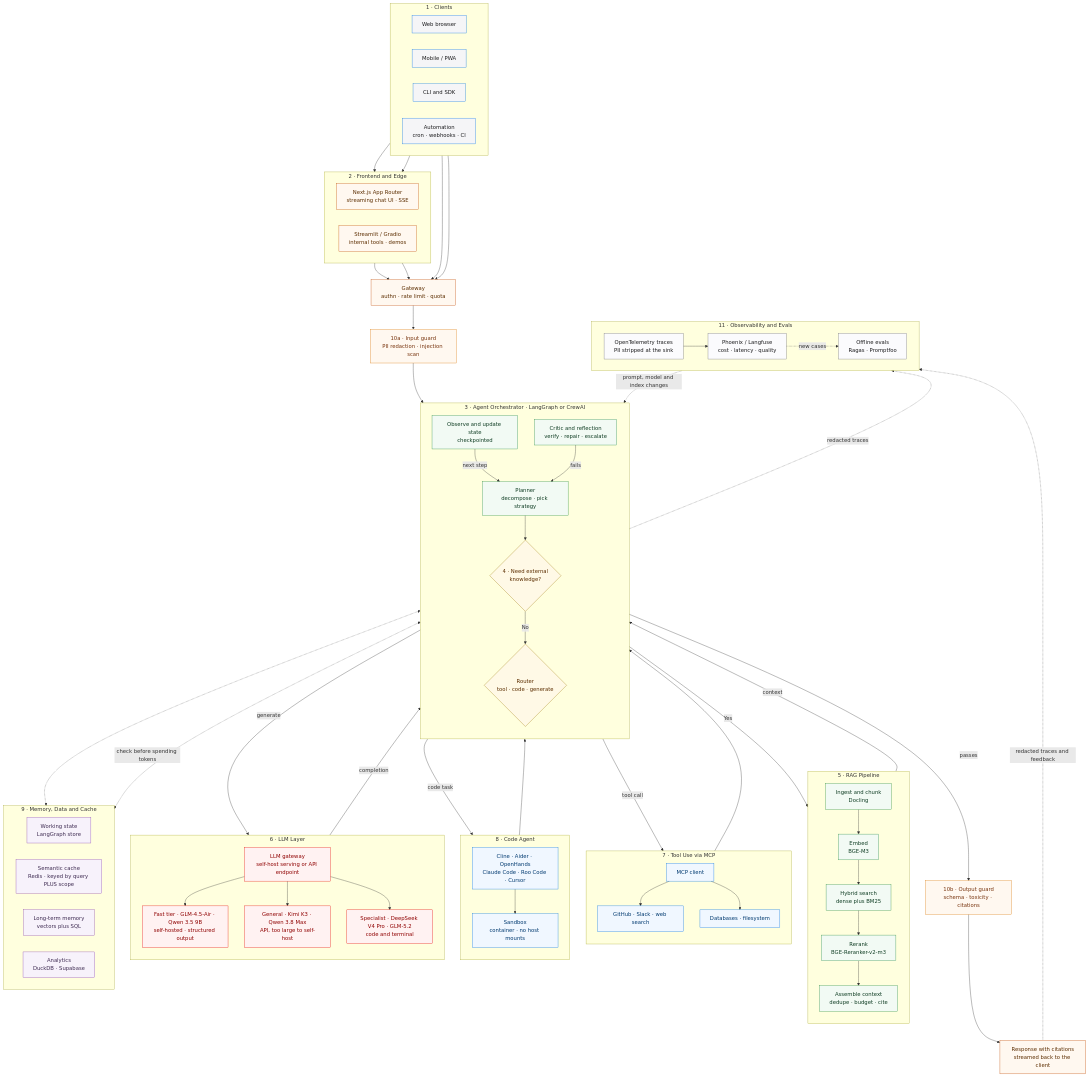
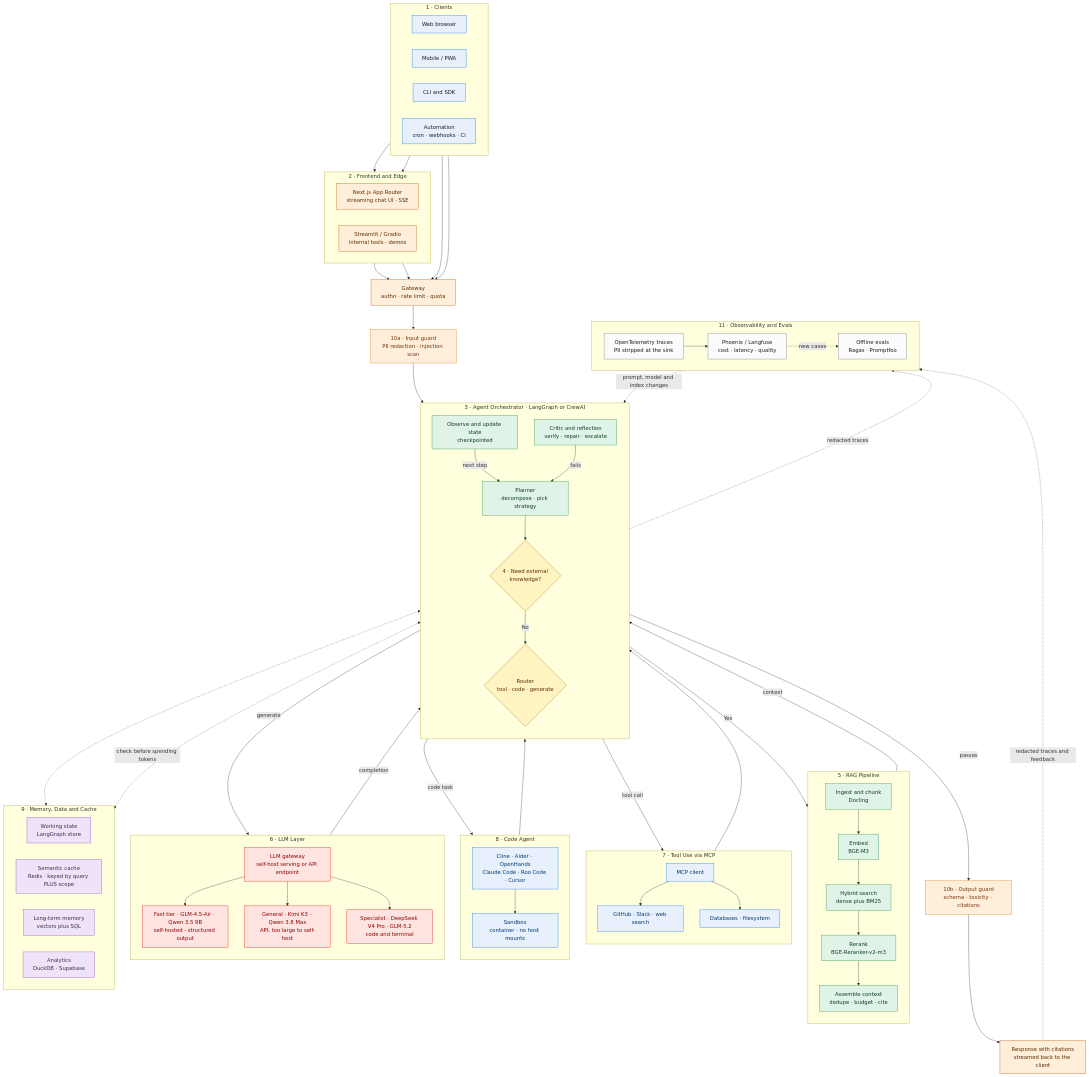
One commit to mlvpatel/open-weight-agent-stack changed the second of 18 diagrams in MANUAL.md. Above: the diagram before and after it, drawn with Mermaid. The commit also changed other lines of this file and 36 other files, not shown here.

First line of the commit message:
feat: render diagrams on Pages, richer palette

```diff
--- a/MANUAL.md
+++ b/MANUAL.md
@@ -329,16 +329,16 @@
     O2 -.->|new cases| EV
     EV -.->|prompt, model and index changes| PLAN
 
-    classDef client fill:#f5f5f7,stroke:#0071e3,color:#1d1d1f
-    classDef fe fill:#fff8f0,stroke:#bf4800,color:#5c2e00
-    classDef orch fill:#f2faf4,stroke:#248a3d,color:#0f3d23
-    classDef rag fill:#f2faf4,stroke:#248a3d,color:#0f3d23
-    classDef llm fill:#fff2f2,stroke:#e30000,color:#8f0000
-    classDef tool fill:#f0f7ff,stroke:#0071e3,color:#003a70
-    classDef mem fill:#f7f2fb,stroke:#8944ab,color:#3f2c52
-    classDef guard fill:#fff8f0,stroke:#d97706,color:#78350f
+    classDef client fill:#e8f0fe,stroke:#0071e3,color:#1d1d1f
+    classDef fe fill:#ffeeda,stroke:#bf4800,color:#5c2e00
+    classDef orch fill:#dff3e6,stroke:#248a3d,color:#0f3d23
+    classDef rag fill:#dff3e6,stroke:#248a3d,color:#0f3d23
+    classDef llm fill:#ffe4e2,stroke:#e30000,color:#8f0000
+    classDef tool fill:#e8f0fe,stroke:#0071e3,color:#003a70
+    classDef mem fill:#efe3f9,stroke:#8944ab,color:#3f2c52
+    classDef guard fill:#ffeeda,stroke:#d97706,color:#78350f
     classDef obs fill:#fbfbfd,stroke:#6e6e73,color:#1d1d1f
-    classDef decision fill:#fff9e6,stroke:#997404,color:#5c2e00
+    classDef decision fill:#fff3c2,stroke:#997404,color:#5c2e00
 
     class C1,C2,C3,C4 client
     class F1,F2,GW,RESP fe
```
